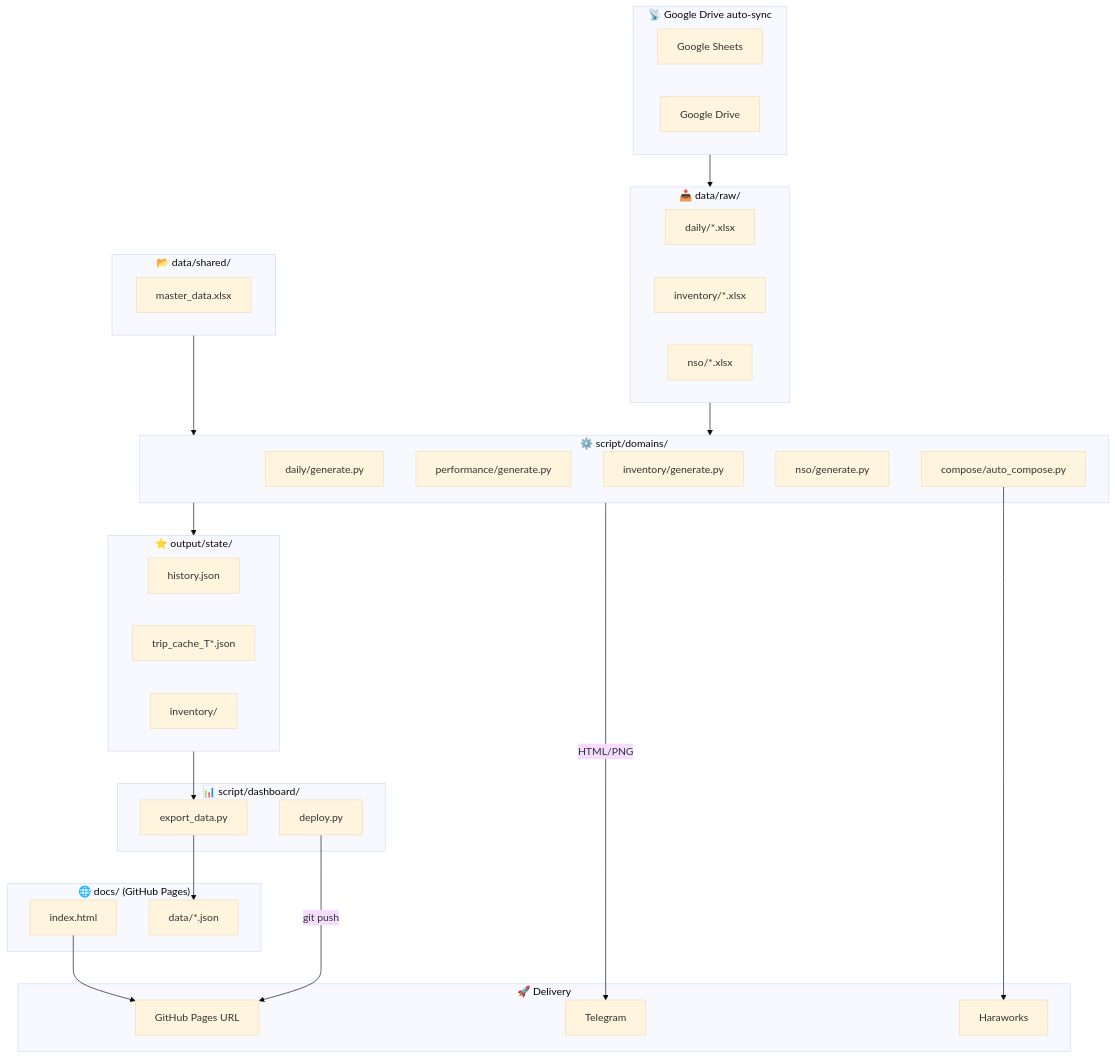
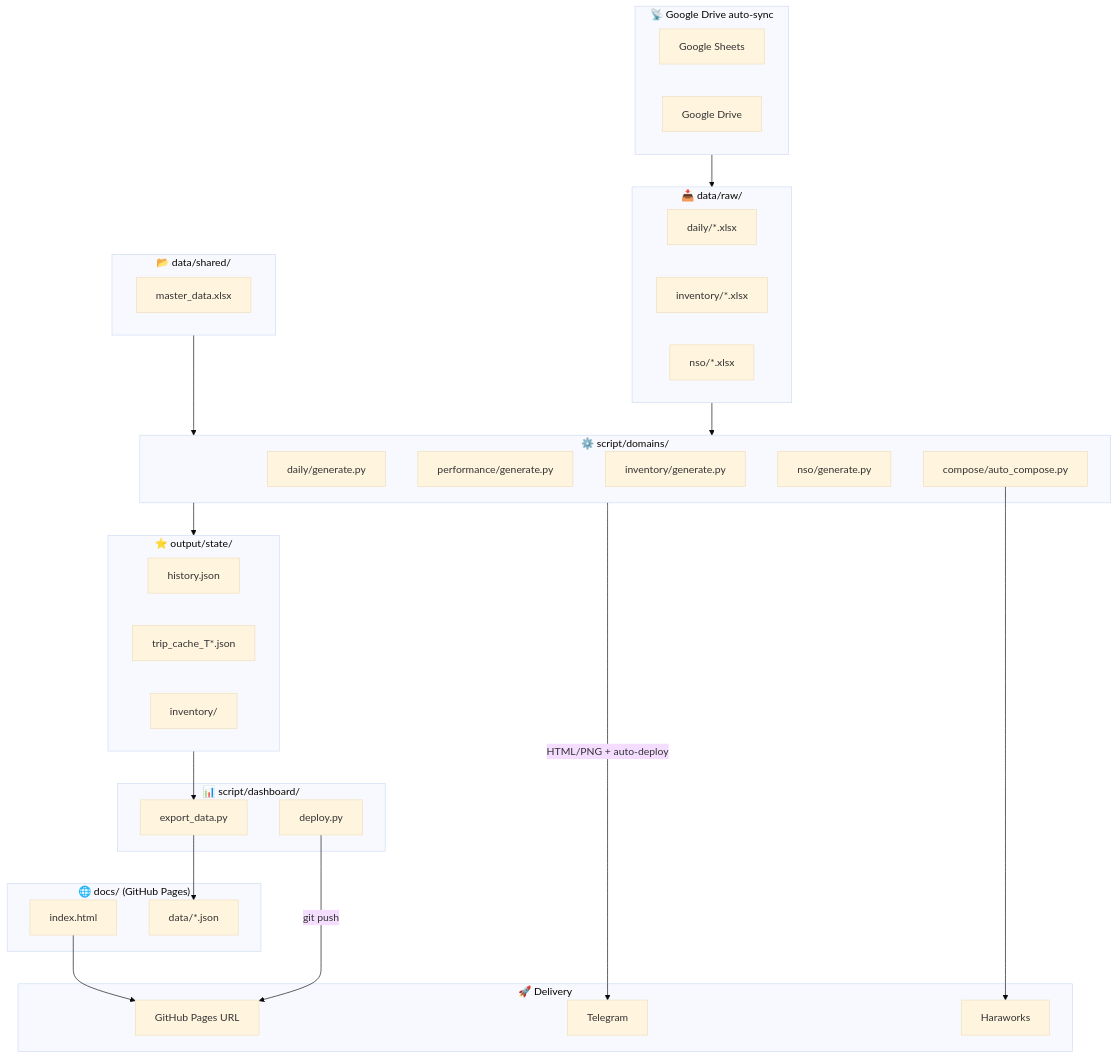
The diagram in agents/prompts/architecture.md (tunhipham/transport_daily_report), drawn with Mermaid (base theme) before and after one commit. The commit also changed other lines of this file and 1 other file, not shown here.

Commit message:
docs: note auto-deploy in dashboard workflow + architecture

````diff
--- a/agents/prompts/architecture.md
+++ b/agents/prompts/architecture.md
@@ -139,58 +139,58 @@
 ```mermaid
 flowchart TB
     subgraph SRC["📡 Google Drive auto-sync"]
         GS["Google Sheets"]
         GD["Google Drive"]
     end
 
     subgraph RAW["📥 data/raw/"]
         R1["daily/*.xlsx"]
         R2["inventory/*.xlsx"]
         R3["nso/*.xlsx"]
     end
 
     subgraph SHARED["📂 data/shared/"]
         MD["master_data.xlsx"]
     end
 
     subgraph DOMAINS["⚙️ script/domains/"]
         D1["daily/generate.py"]
         D2["performance/generate.py"]
         D3["inventory/generate.py"]
         D4["nso/generate.py"]
         D5["compose/auto_compose.py"]
     end
 
     subgraph STATE["⭐ output/state/"]
         S1["history.json"]
         S2["trip_cache_T*.json"]
         S3["inventory/"]
     end
 
     subgraph DASH["📊 script/dashboard/"]
         EX["export_data.py"]
         DP["deploy.py"]
     end
 
     subgraph WEB["🌐 docs/ (GitHub Pages)"]
         IDX["index.html"]
         JSON["data/*.json"]
     end
 
     subgraph DEL["🚀 Delivery"]
         TG["Telegram"]
         HW["Haraworks"]
         GP["GitHub Pages URL"]
     end
 
     SRC --> RAW
     RAW --> DOMAINS
     SHARED --> DOMAINS
     DOMAINS --> STATE
-    DOMAINS -->|"HTML/PNG"| TG
+    DOMAINS -->|"HTML/PNG + auto-deploy"| TG
     STATE --> EX
     EX --> JSON
     DP -->|"git push"| GP
     D5 --> HW
     IDX --> GP
 ```
````
